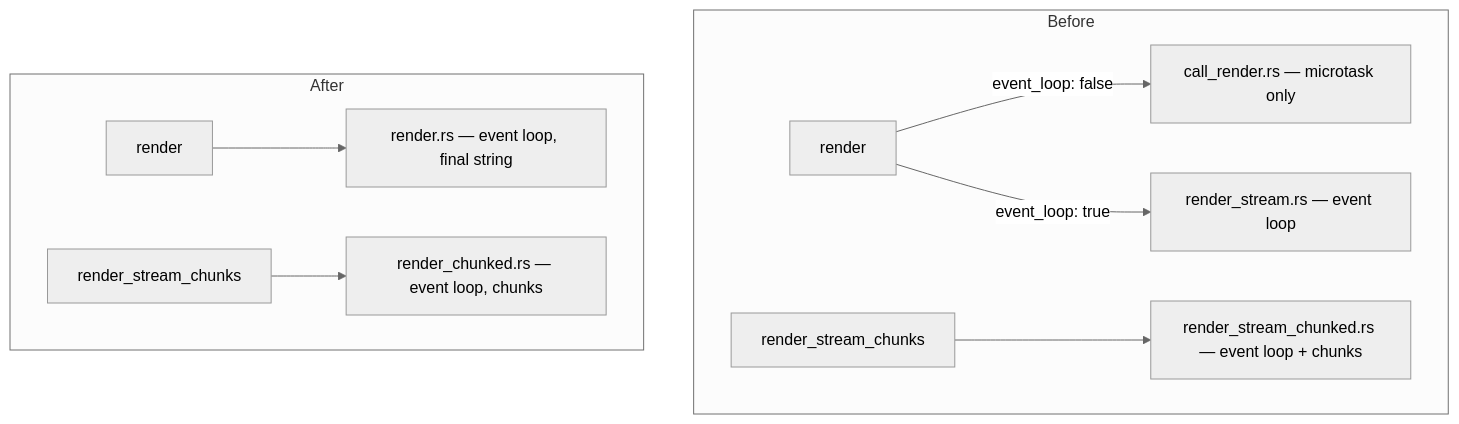
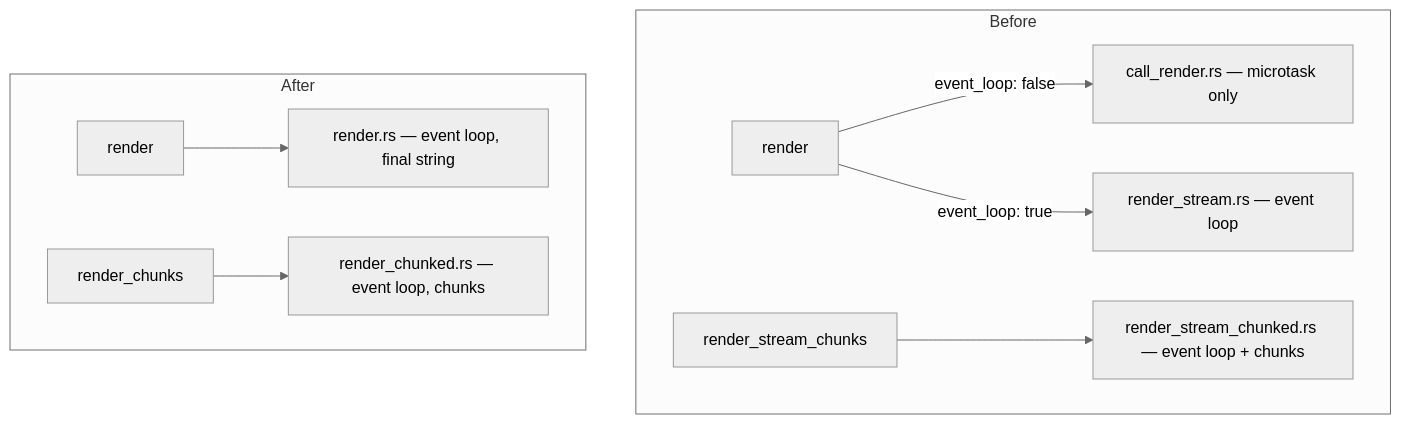
One commit to mdesantis/ssr-deno changed the diagram in plans/always-on-event-loop.md. Above: the diagram before and after it, drawn with Mermaid (neutral theme). The commit also changed other lines of this file and 17 other files, not shown here.

````diff
--- a/plans/always-on-event-loop.md
+++ b/plans/always-on-event-loop.md
@@ -28,13 +28,13 @@
 ```mermaid
 graph TD
     subgraph Before
         A[render] -->|event_loop: false| B[call_render.rs — microtask only]
         A -->|event_loop: true| C[render_stream.rs — event loop]
         D[render_stream_chunks] --> E[render_stream_chunked.rs — event loop + chunks]
     end
 
     subgraph After
         F[render] --> G[render.rs — event loop, final string]
-        H[render_stream_chunks] --> I[render_chunked.rs — event loop, chunks]
+        H[render_chunks] --> I[render_chunked.rs — event loop, chunks]
     end
 ```
````
